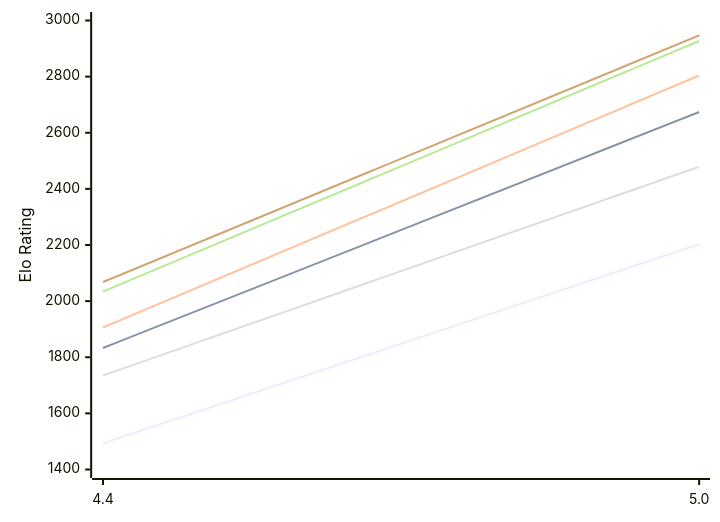
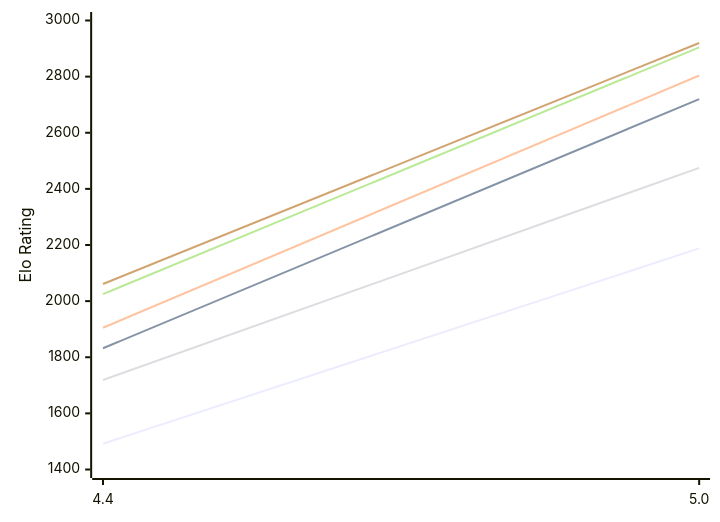
Before and after one commit to computer-chess-index/cci: the first of 2 diagrams in engines/Radiance.md, drawn with Mermaid. The commit also changed other lines of this file, not shown here.

Commit message:
Update CCI Ratings (ELO VLTC) - 2026-10-15

````diff
--- a/engines/Radiance.md
+++ b/engines/Radiance.md
@@ -51,12 +51,12 @@
 ```mermaid
 %%{init: {"theme":"base","themeVariables":{"seriesColors:['#a3a3a3','#222221','#faa371']}}}%%
 xychart-beta
   x-axis ["4.4", "5.0"]
   y-axis "Elo Rating" 1400 --> 3000
-  line "E1: STC (8.0+0.08s)" [1493, 2203]
-  line "E1: LTC (60.0+0.60s)" [1833, 2674]
-  line "E1: VLTC (2m24s+1.12s)" [1906, 2804]
-  line "P1: STC (8.0+0.08s)" [1735, 2479]
-  line "P1: LTC (60.0+0.60s)" [2034, 2927]
-  line "P1: VLTC (2m24s+1.12s)" [2068, 2947]
+  line "E1: STC (8.0+0.08s)" [1492, 2188]
+  line "E1: LTC (60.0+0.60s)" [1832, 2720]
+  line "E1: VLTC (2m24s+1.12s)" [1905, 2804]
+  line "P1: STC (8.0+0.08s)" [1719, 2475]
+  line "P1: LTC (60.0+0.60s)" [2025, 2904]
+  line "P1: VLTC (2m24s+1.12s)" [2061, 2920]
 ```
````
